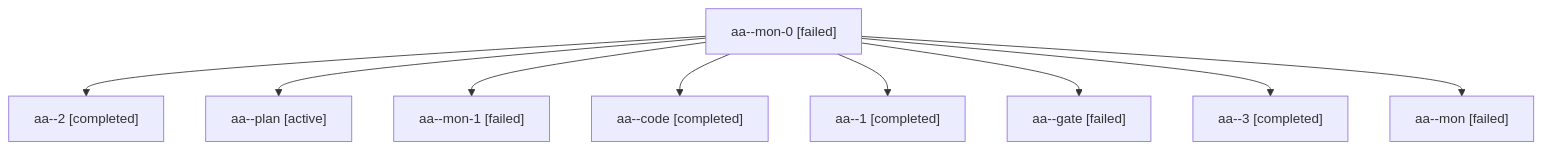
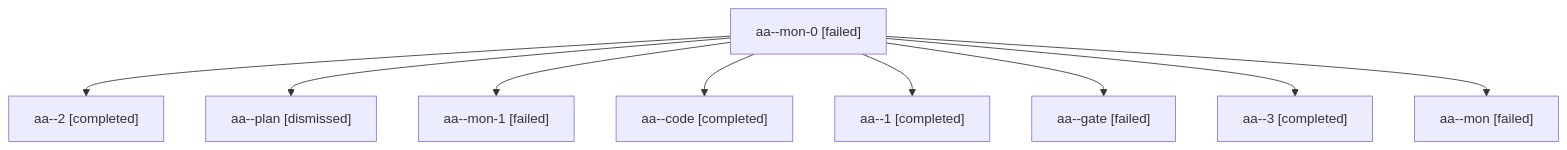
Before and after one commit to bobs-org/bob-cli--agents: the diagram in sessions/bbugyi200.apollo.aa.md, drawn with Mermaid. The commit also changed other lines of this file and 27 other files, not shown here.

````diff
--- a/sessions/bbugyi200.apollo.aa.md
+++ b/sessions/bbugyi200.apollo.aa.md
@@ -9,20 +9,20 @@
 ```mermaid
 flowchart TD
   n0["aa--mon-0 [failed]"]
   n1["aa--2 [completed]"]
   n0 --> n1
-  n2["aa--plan [active]"]
+  n2["aa--plan [dismissed]"]
   n0 --> n2
   n3["aa--mon-1 [failed]"]
   n0 --> n3
   n4["aa--code [completed]"]
   n0 --> n4
   n5["aa--1 [completed]"]
   n0 --> n5
   n6["aa--gate [failed]"]
   n0 --> n6
   n7["aa--3 [completed]"]
   n0 --> n7
   n8["aa--mon [failed]"]
   n0 --> n8
 ```
````
